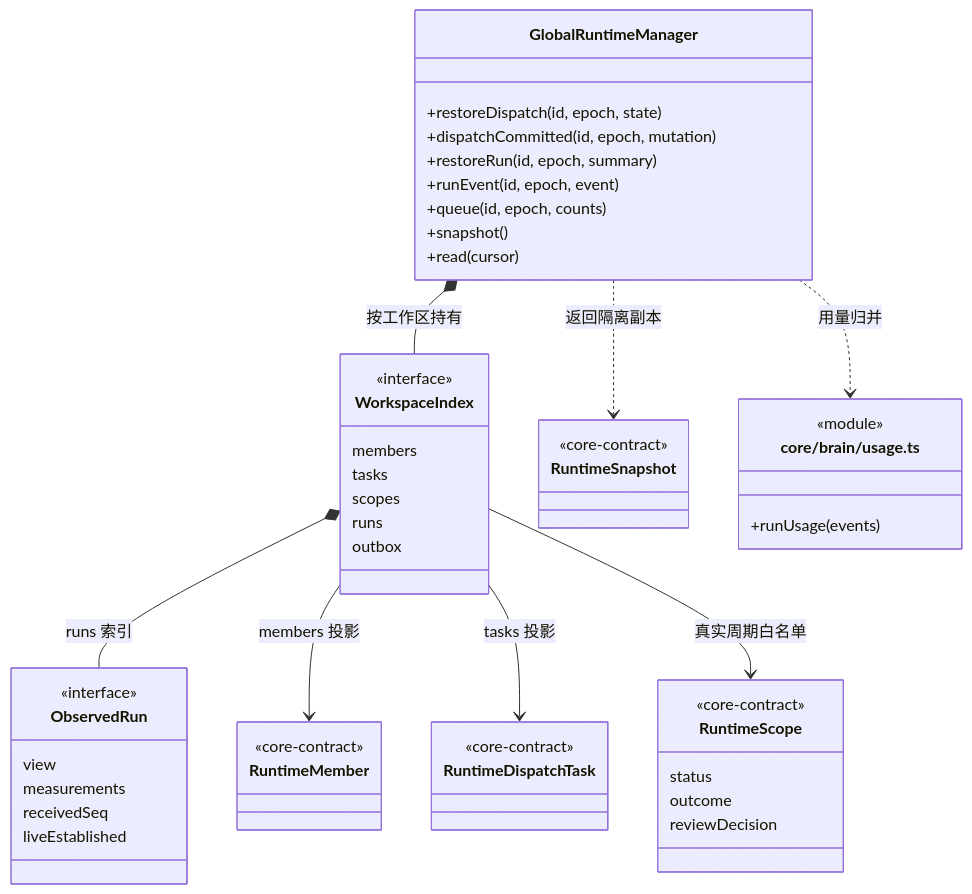
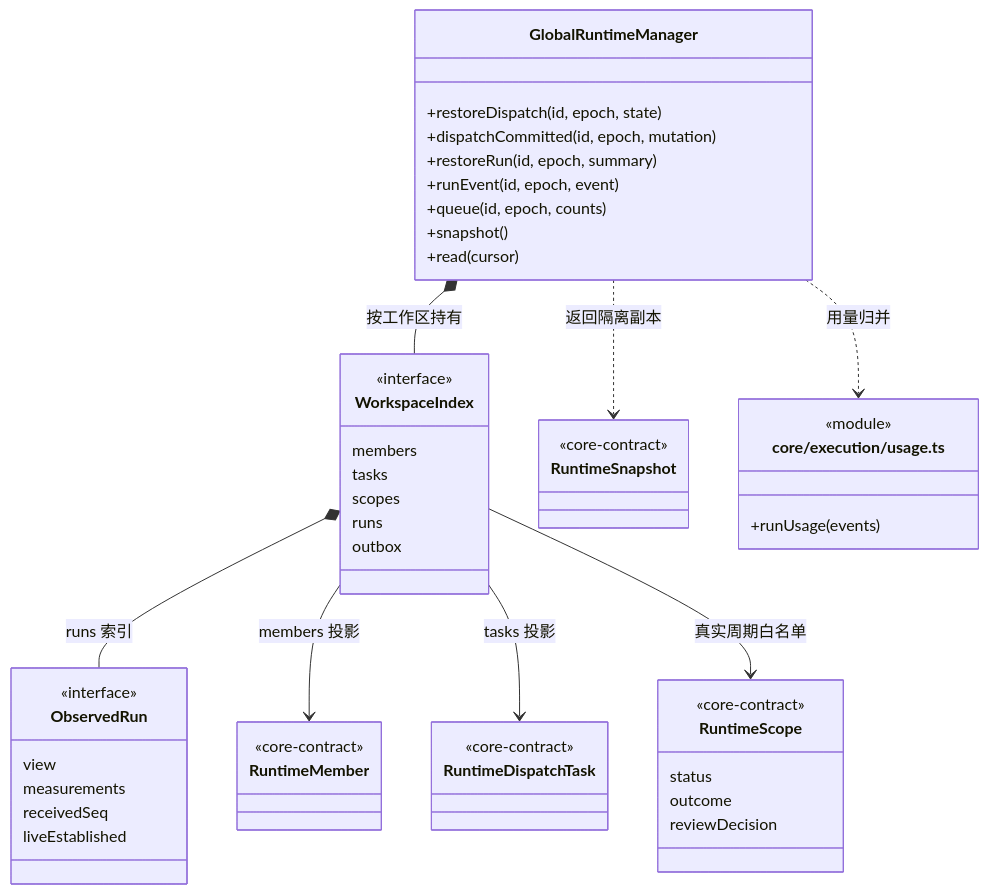
Before and after one commit to nan023062/cbim: the diagram in src/backend/scheduler-engine/runtime/CONTRACT.md, drawn with Mermaid. The commit also changed 971 other files, not shown here.

````diff
--- a/src/backend/scheduler-engine/runtime/CONTRACT.md
+++ b/src/backend/scheduler-engine/runtime/CONTRACT.md
@@ -34,53 +34,53 @@
 ```mermaid
 classDiagram
 class GlobalRuntimeManager {
   +restoreDispatch(id, epoch, state)
   +dispatchCommitted(id, epoch, mutation)
   +restoreRun(id, epoch, summary)
   +runEvent(id, epoch, event)
   +queue(id, epoch, counts)
   +snapshot()
   +read(cursor)
 }
 class WorkspaceIndex {
   <<interface>>
   members
   tasks
   scopes
   runs
   outbox
 }
 class ObservedRun {
   <<interface>>
   view
   measurements
   receivedSeq
   liveEstablished
 }
 class RuntimeMember {
   <<core-contract>>
 }
 class RuntimeDispatchTask {
   <<core-contract>>
 }
 class RuntimeScope {
   <<core-contract>>
   status
   outcome
   reviewDecision
 }
 class RuntimeSnapshot {
   <<core-contract>>
 }
-class BrainUsage["core/brain/usage.ts"] {
+class BrainUsage["core/execution/usage.ts"] {
   <<module>>
   +runUsage(events)
 }
 GlobalRuntimeManager *-- WorkspaceIndex : 按工作区持有
 WorkspaceIndex *-- ObservedRun : runs 索引
 WorkspaceIndex --> RuntimeMember : members 投影
 WorkspaceIndex --> RuntimeDispatchTask : tasks 投影
 WorkspaceIndex --> RuntimeScope : 真实周期白名单
 GlobalRuntimeManager ..> BrainUsage : 用量归并
 GlobalRuntimeManager ..> RuntimeSnapshot : 返回隔离副本
 ```
````
